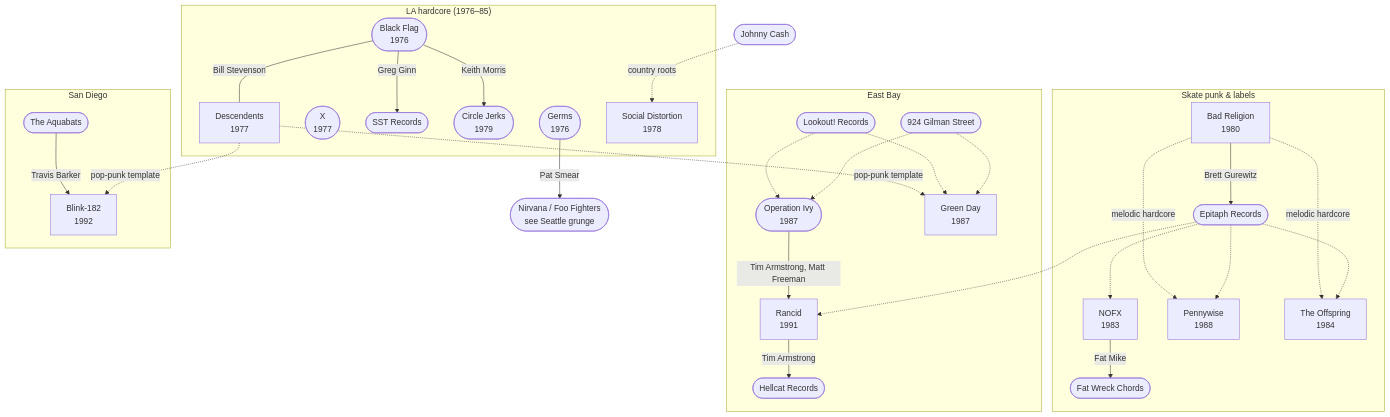
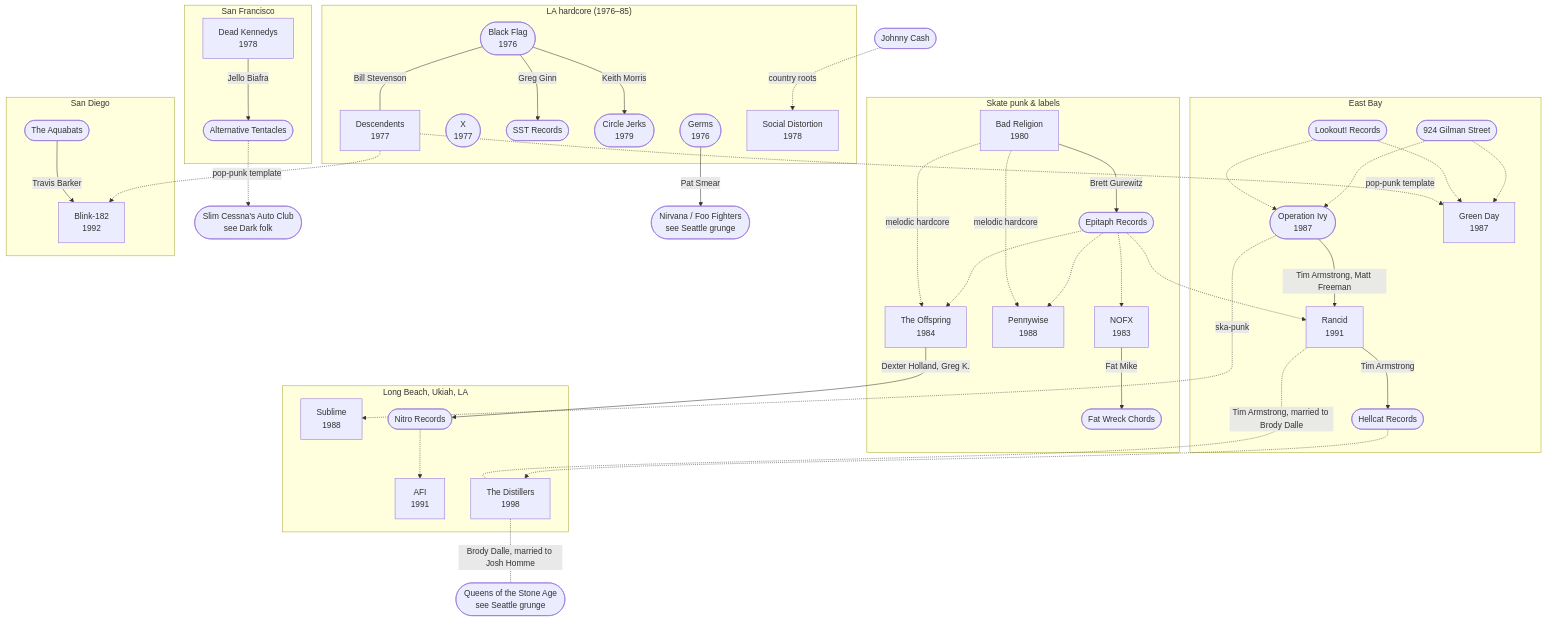
One commit to zrrbite/music-scenes changed the diagram in california-punk/connections.md. Above: the diagram before and after it, drawn with Mermaid. The commit also changed 66 other files, not shown here.

````diff
--- a/california-punk/connections.md
+++ b/california-punk/connections.md
@@ -9,57 +9,77 @@
 ```mermaid
 flowchart TD
     subgraph LA["LA hardcore (1976–85)"]
         GERMS(["Germs<br/>1976"])
         XB(["X<br/>1977"])
         BF(["Black Flag<br/>1976"])
         SST(["SST Records"])
         CJ(["Circle Jerks<br/>1979"])
         DESC["Descendents<br/>1977"]
         SD["Social Distortion<br/>1978"]
     end
     subgraph LABELS["Skate punk & labels"]
         BR["Bad Religion<br/>1980"]
         EPI(["Epitaph Records"])
         NOFX["NOFX<br/>1983"]
         FAT(["Fat Wreck Chords"])
         PW["Pennywise<br/>1988"]
         OFF["The Offspring<br/>1984"]
     end
     subgraph EB["East Bay"]
         GIL(["924 Gilman Street"])
         LO(["Lookout! Records"])
         OPIVY(["Operation Ivy<br/>1987"])
         GD["Green Day<br/>1987"]
         RAN["Rancid<br/>1991"]
         HELL(["Hellcat Records"])
     end
     subgraph SDG["San Diego"]
         B182["Blink-182<br/>1992"]
         AQ(["The Aquabats"])
     end
+    subgraph SF["San Francisco"]
+        DK["Dead Kennedys<br/>1978"]
+        AT(["Alternative Tentacles"])
+    end
+    subgraph MORE["Long Beach, Ukiah, LA"]
+        SUB["Sublime<br/>1988"]
+        NITRO(["Nitro Records"])
+        AFI["AFI<br/>1991"]
+        DIST["The Distillers<br/>1998"]
+    end
+    SCAC(["Slim Cessna's Auto Club<br/>see Dark folk"])
+    QOTSA(["Queens of the Stone Age<br/>see Seattle grunge"])
     NIR(["Nirvana / Foo Fighters<br/>see Seattle grunge"])
     CASH(["Johnny Cash"])
 
     BF -- "Greg Ginn" --> SST
     BF -- "Keith Morris" --> CJ
     BF -- "Bill Stevenson" --- DESC
     GERMS -- "Pat Smear" --> NIR
     BR -- "Brett Gurewitz" --> EPI
     NOFX -- "Fat Mike" --> FAT
     EPI -.-> OFF
     EPI -.-> PW
     EPI -.-> NOFX
     EPI -.-> RAN
     BR -. "melodic hardcore" .-> PW
     BR -. "melodic hardcore" .-> OFF
     GIL -.-> OPIVY
     GIL -.-> GD
     LO -.-> GD
     LO -.-> OPIVY
     OPIVY -- "Tim Armstrong, Matt Freeman" --> RAN
     RAN -- "Tim Armstrong" --> HELL
     DESC -. "pop-punk template" .-> GD
     DESC -. "pop-punk template" .-> B182
     AQ -- "Travis Barker" --> B182
     CASH -. "country roots" .-> SD
+    DK -- "Jello Biafra" --> AT
+    AT -.-> SCAC
+    OFF -- "Dexter Holland, Greg K." --> NITRO
+    NITRO -.-> AFI
+    HELL -.-> DIST
+    RAN -. "Tim Armstrong, married to Brody Dalle" .- DIST
+    DIST -. "Brody Dalle, married to Josh Homme" .- QOTSA
+    OPIVY -. "ska-punk" .-> SUB
 ```
````
